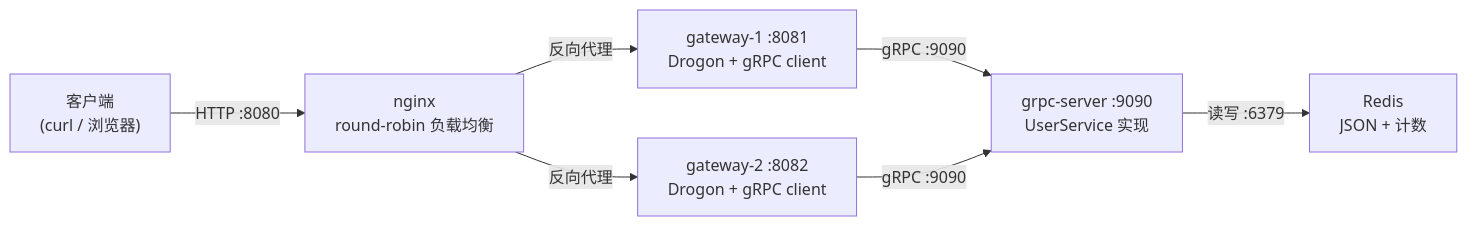
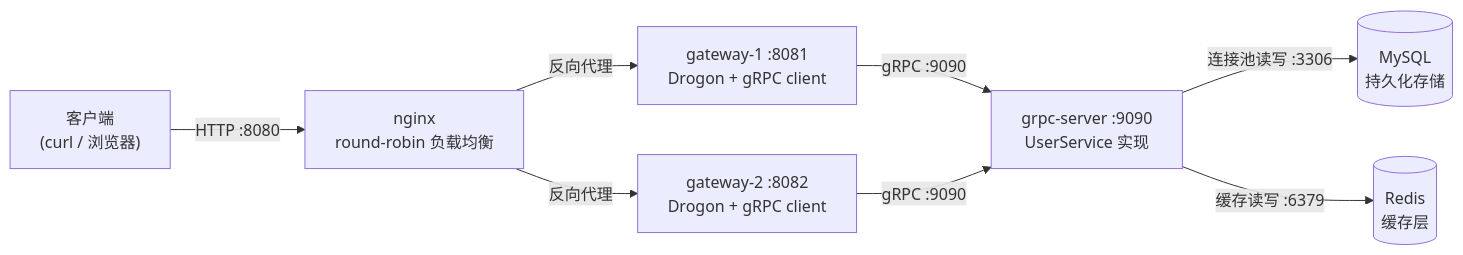
The diagram in README.md (grassro0t/httpserver-demo), drawn with Mermaid before and after one commit. The commit also changed other lines of this file and 12 other files, not shown here.

````diff
--- a/README.md
+++ b/README.md
@@ -12,9 +13,10 @@
 ```mermaid
 flowchart LR
     C["客户端<br/>(curl / 浏览器)"] -->|"HTTP :8080"| N["nginx<br/>round-robin 负载均衡"]
     N -->|"反向代理"| G1["gateway-1 :8081<br/>Drogon + gRPC client"]
     N -->|"反向代理"| G2["gateway-2 :8082<br/>Drogon + gRPC client"]
     G1 -->|"gRPC :9090"| S["grpc-server :9090<br/>UserService 实现"]
     G2 -->|"gRPC :9090"| S
-    S -->|"读写 :6379"| R["Redis<br/>JSON + 计数"]
+    S -->|"连接池读写 :3306"| M[("MySQL<br/>持久化存储")]
+    S -->|"缓存读写 :6379"| R[("Redis<br/>缓存层")]
 ```
````
